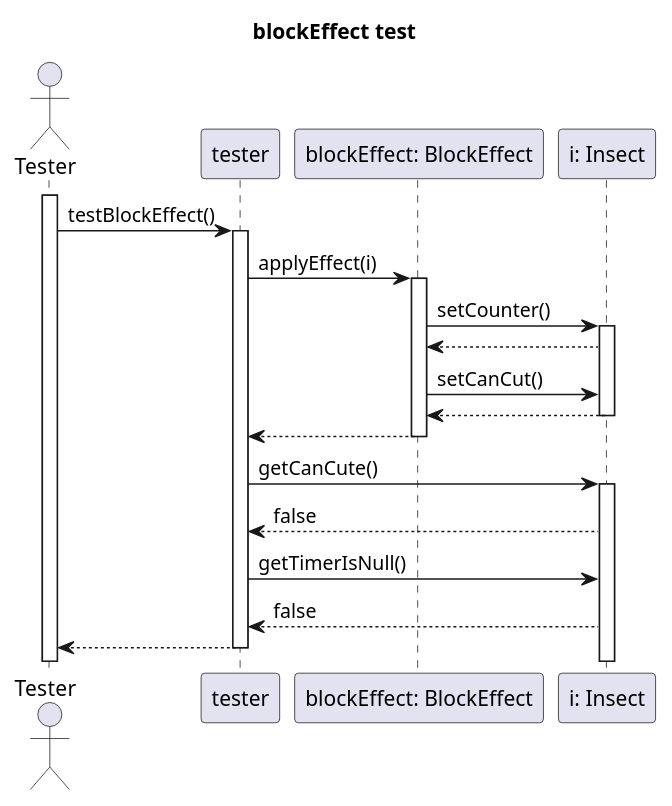
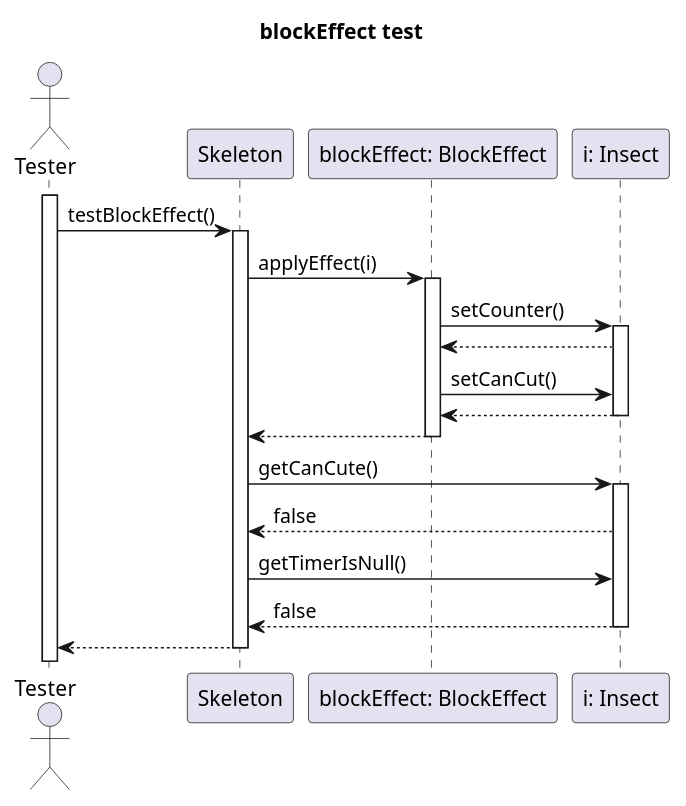
One commit to dzsem/projlab changed the diagram in diagrams/test-sequence/effect/blockEffect.plantuml. Above: the diagram before and after it, drawn with PlantUML. The commit also changed 3 other files, not shown here.

Commit message:
Fixed effect names in test sequences

```diff
--- a/diagrams/test-sequence/effect/blockEffect.plantuml
+++ b/diagrams/test-sequence/effect/blockEffect.plantuml
@@ -1,45 +1,45 @@
 @startuml blockEffect
 
 title blockEffect test
 
 Actor Tester as test
-activate test
-test -> tester: testBlockEffect()
-
 participant "Skeleton" as tester
 
 participant "blockEffect: BlockEffect" as speed
 participant "i: Insect" as insect
 
+activate test
+
+test -> tester: testBlockEffect()
 activate tester
 
 tester -> speed: applyEffect(i)
 activate speed
 
 speed->insect:setCounter()
 activate insect
 
 speed<--insect
 
 speed->insect:setCanCut()
 speed<--insect
 deactivate insect
 
 speed --> tester
 deactivate speed
 
 tester -> insect: getCanCute()
 activate insect
 
 insect -->tester:false
 
 
 tester -> insect: getTimerIsNull()
 
 insect -->tester:false
-
+deactivate insect
 
 test<-- tester
 deactivate tester
 
 @enduml
```
